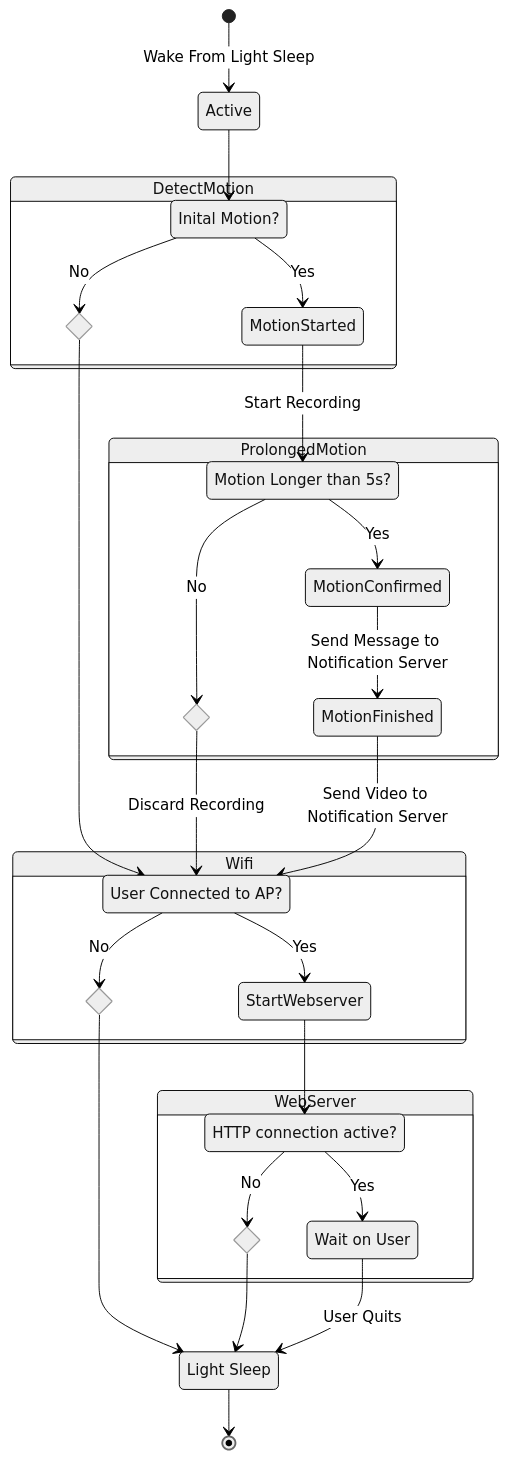
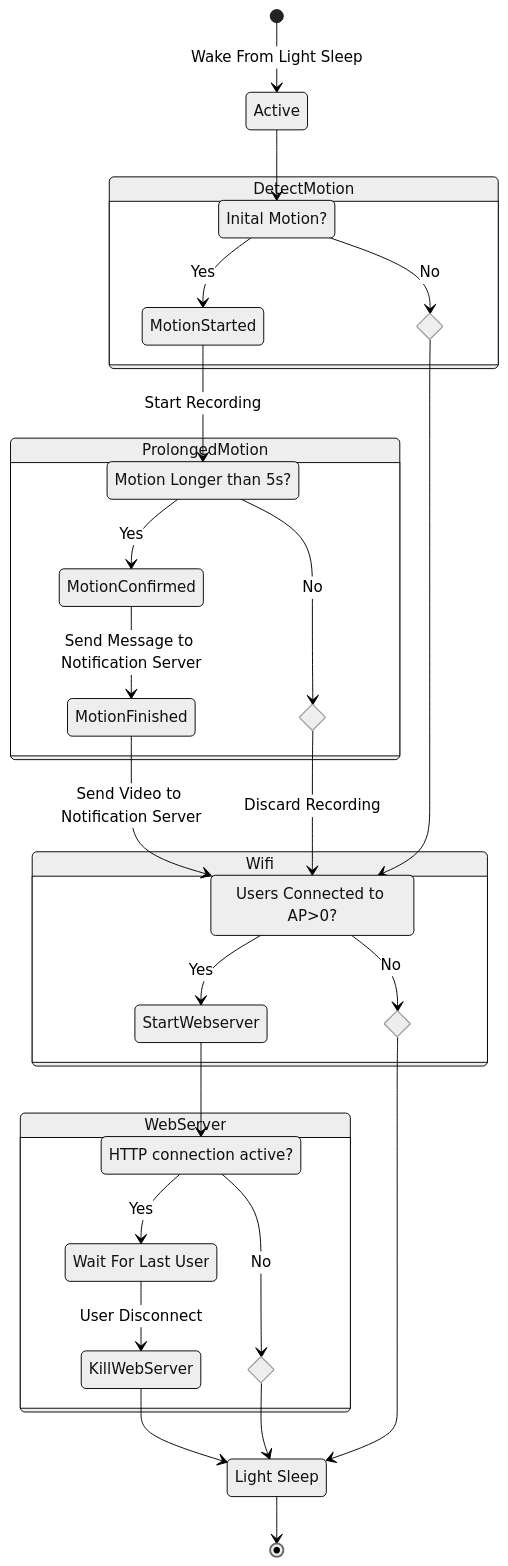
The diagram in README.org (mtekman/doorbell-camera), drawn with Mermaid (neutral theme) before and after one commit.

Commit message:
include webserver termination after disconnect, multiple users

```diff
--- a/README.org
+++ b/README.org
@@ -194,42 +194,44 @@
 #+begin_src mermaid :results file  :file images/flowdiag.jpg
   stateDiagram-v2
       direction TB
       [*] --> Active : Wake From Light Sleep
       Active --> motiondetected
-          state DetectMotion {
-              state noIM <<choice>>
-              state "Inital Motion?" as motiondetected
-              motiondetected --> MotionStarted : Yes
-              motiondetected -->  noIM : No
-              MotionStarted --> goodmotion: Start Recording
-              noIM --> userconn
-          }
-          state ProlongedMotion {
-              state noPM <<choice>>
-              state "Motion Longer than 5s?" as goodmotion
-              goodmotion --> MotionConfirmed: Yes
-              goodmotion --> noPM: No
-              noPM --> userconn: Discard Recording
-              MotionConfirmed --> MotionFinished : Send Message to Notification Server
-              MotionFinished --> userconn : Send Video to Notification Server
-          }
-          state Wifi {
-              state noWF <<choice>>
-              state "User Connected to AP?" as userconn
-              userconn --> StartWebserver : Yes
-              userconn --> noWF: No
-          }
-          StartWebserver --> webactive
-          state WebServer {
-              state noWS <<choice>>
-              state "HTTP connection active?" as webactive
-              state "Wait on User" as ActiveUser
-              webactive -->  ActiveUser : Yes
-              webactive --> noWS : No
-          }
+      state DetectMotion {
+          state noIM <<choice>>
+          state "Inital Motion?" as motiondetected
+          motiondetected --> MotionStarted : Yes
+          motiondetected -->  noIM : No
+          MotionStarted --> goodmotion: Start Recording
+          noIM --> userconn
+      }
+      state ProlongedMotion {
+          state noPM <<choice>>
+          state "Motion Longer than 5s?" as goodmotion
+          goodmotion --> MotionConfirmed: Yes
+          goodmotion --> noPM: No
+          noPM --> userconn: Discard Recording
+          MotionConfirmed --> MotionFinished : Send Message to Notification Server
+          MotionFinished --> userconn : Send Video to Notification Server
+      }
+      state Wifi {
+          state noWF <<choice>>
+          state "Users Connected to AP>0?" as userconn
+          userconn --> StartWebserver : Yes
+          userconn --> noWF: No
+      }
+      StartWebserver --> webactive
+      state WebServer {
+          state noWS <<choice>>
+          state "HTTP connection active?" as webactive
+          state "Wait For Last User" as ActiveUser
+          webactive -->  ActiveUser : Yes
+          webactive --> noWS : No
+          ActiveUser --> KillWebServer: User Disconnect
+
+      }
+      KillWebServer --> LightSleep2
       noWF --> LightSleep2
       state "Light Sleep" as LightSleep2
       noWS --> LightSleep2: 
-      ActiveUser --> LightSleep2: User Quits
       LightSleep2 --> [*]
 #+end_src
```
